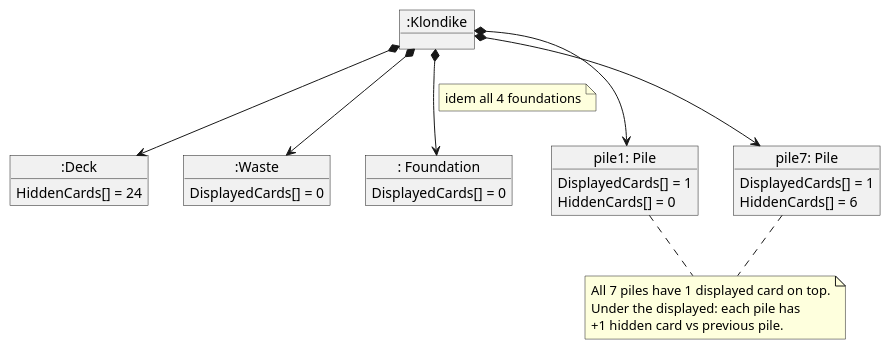
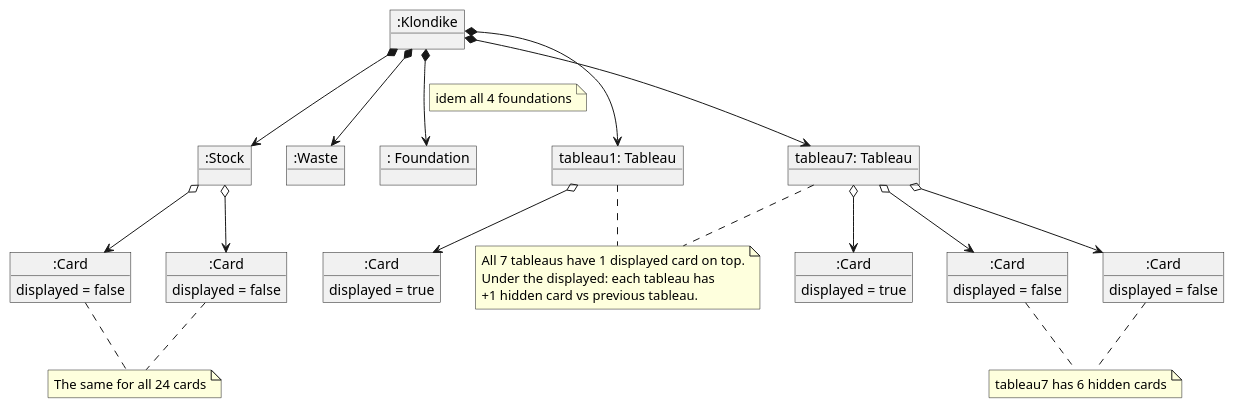
One commit to PabloMartinFluvia/IT-School changed the diagram in MPDS/Klondike/docs/src/domain model initial state.plantuml. Above: the diagram before and after it, drawn with PlantUML. The commit also changed 7 other files, not shown here.

```diff
--- a/MPDS/Klondike/docs/src/domain model initial state.plantuml
+++ b/MPDS/Klondike/docs/src/domain model initial state.plantuml
@@ -1,45 +1,76 @@
 @startuml
 
 object ":Klondike" as klondike
 
-object ":Deck" as deck{
-    HiddenCards[] = 24
+object ":Stock" as stock
+
+object ":Card" as cs1{
+    displayed = false
+}
+object ":Card" as cs2{
+    displayed = false
 }
 
-object ":Waste" as waste{
-    DisplayedCards[] = 0
+object ":Waste" as waste
+object ": Foundation" as foundation
+
+object "tableau1: Tableau" as tableau1
+
+object ":Card" as ct1d{
+    displayed = true
 }
 
-object ": Foundation" as foundation{
-    DisplayedCards[] = 0
+object "tableau7: Tableau" as tableau7
+
+object ":Card" as ct2d{
+    displayed = true
 }
-
-object "pile1: Pile" as pile1{
-    DisplayedCards[] = 1
-    HiddenCards[] = 0
+object ":Card" as ct2h1{
+    displayed = false
 }
-
-object "pile7: Pile" as pile7{
-    DisplayedCards[] = 1
-    HiddenCards[] = 6
+object ":Card" as ct2h2{
+    displayed = false
 }
 
 'klondike dependencies'
-klondike *-down-> deck
+klondike *-down-> stock
 klondike *-down-> waste
 klondike *-down-> foundation
 note on link
 idem all 4 foundations
 end note
-klondike *-down-> pile1
-klondike *-down-> pile7
+klondike *-down-> tableau1
+klondike *-down-> tableau7
 
-note as pileNote
-All 7 piles have 1 displayed card on top.
-Under the displayed: each pile has
-+1 hidden card vs previous pile.
+note as tableauNote
+All 7 tableaus have 1 displayed card on top.
+Under the displayed: each tableau has
++1 hidden card vs previous tableau.
 end note
-pile1..pileNote
-pile7..pileNote
+tableau1..tableauNote
+tableau7..tableauNote
+
+'stock dependencies'
+stock o-down-> cs1
+stock o-down-> cs2
+
+note as stockNote
+The same for all 24 cards
+end note
+cs1..stockNote
+cs2..stockNote
+
+'tableau dependencies'
+tableau1 o-down-> ct1d
+
+tableau7 o-down-> ct2d
+tableau7 o-down-> ct2h1
+tableau7 o-down-> ct2h2
+
+note as hiddenNote
+tableau7 has 6 hidden cards
+end note
+ct2h1..hiddenNote
+ct2h2..hiddenNote
 
 @enduml
```
